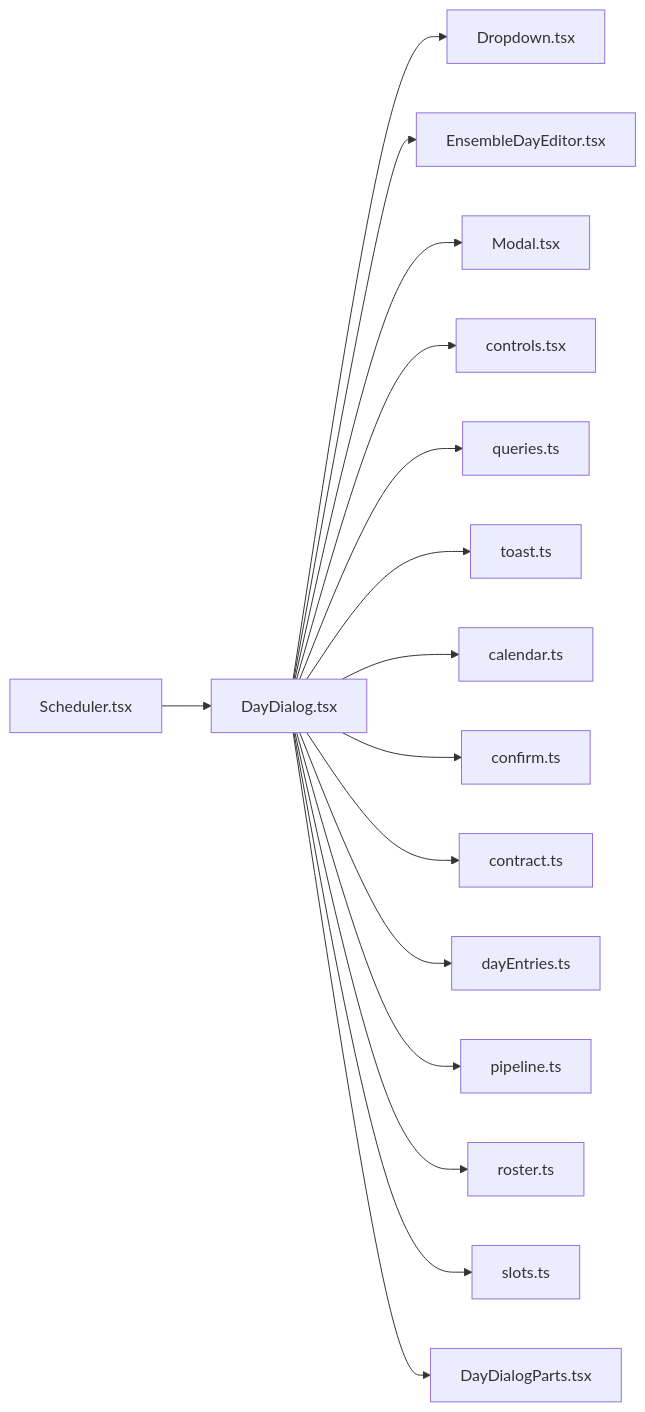
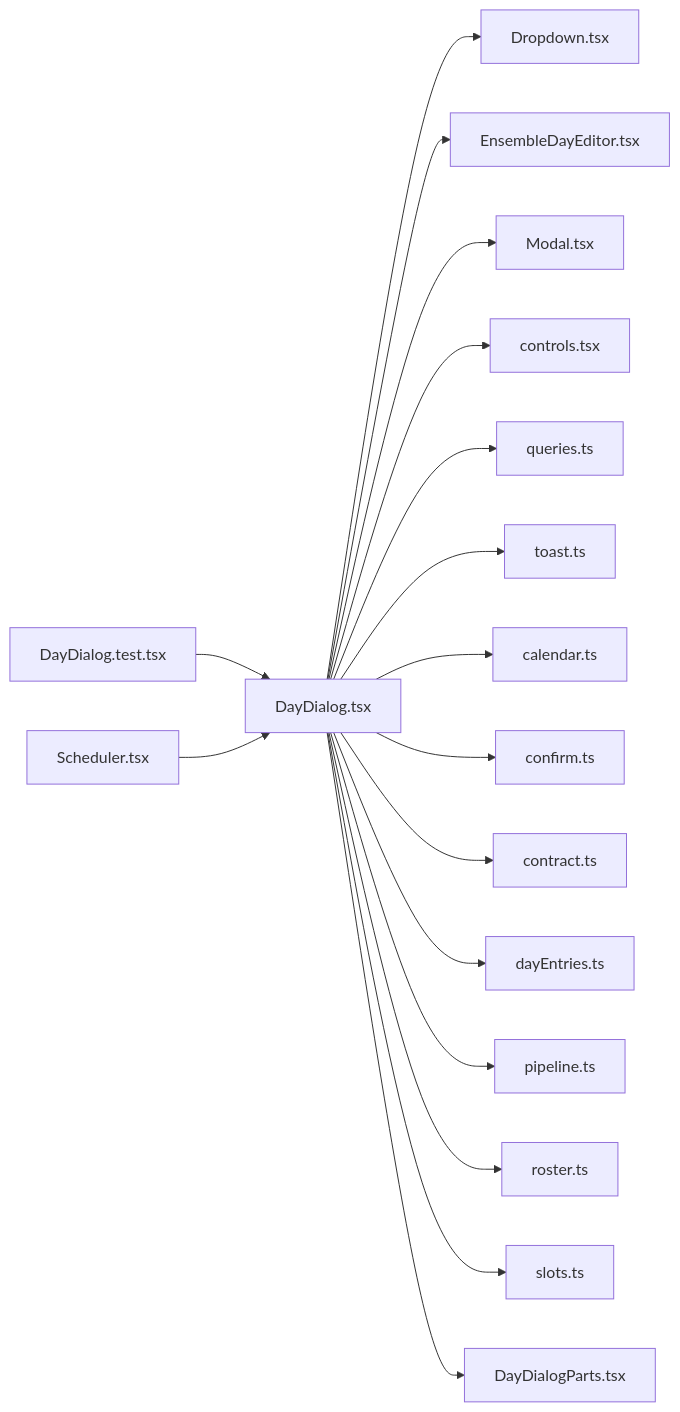
One commit to minkong-dev/Banblit changed the diagram in .cluedoc/graph/frontend/src/routes/DayDialog.md. Above: the diagram before and after it, drawn with Mermaid. The commit also changed other lines of this file and 8 other files, not shown here.

First line of the commit message:
test: cover the admin permission branch and the three day dialogs

````diff
--- a/.cluedoc/graph/frontend/src/routes/DayDialog.md
+++ b/.cluedoc/graph/frontend/src/routes/DayDialog.md
@@ -10,19 +10,20 @@
 ```mermaid
 flowchart LR
   frontend_src_routes_DayDialog["DayDialog.tsx"]
   frontend_src_routes_DayDialog --> frontend_src_components_Dropdown["Dropdown.tsx"]
   frontend_src_routes_DayDialog --> frontend_src_components_EnsembleDayEditor["EnsembleDayEditor.tsx"]
   frontend_src_routes_DayDialog --> frontend_src_components_Modal["Modal.tsx"]
   frontend_src_routes_DayDialog --> frontend_src_components_controls["controls.tsx"]
   frontend_src_routes_DayDialog --> frontend_src_components_queries["queries.ts"]
   frontend_src_routes_DayDialog --> frontend_src_components_toast["toast.ts"]
   frontend_src_routes_DayDialog --> frontend_src_lib_calendar["calendar.ts"]
   frontend_src_routes_DayDialog --> frontend_src_lib_confirm["confirm.ts"]
   frontend_src_routes_DayDialog --> frontend_src_lib_contract["contract.ts"]
   frontend_src_routes_DayDialog --> frontend_src_lib_dayEntries["dayEntries.ts"]
   frontend_src_routes_DayDialog --> frontend_src_lib_pipeline["pipeline.ts"]
   frontend_src_routes_DayDialog --> frontend_src_lib_roster["roster.ts"]
   frontend_src_routes_DayDialog --> frontend_src_lib_slots["slots.ts"]
   frontend_src_routes_DayDialog --> frontend_src_routes_DayDialogParts["DayDialogParts.tsx"]
+  frontend_src_routes_DayDialog_test["DayDialog.test.tsx"] --> frontend_src_routes_DayDialog
   frontend_src_routes_Scheduler["Scheduler.tsx"] --> frontend_src_routes_DayDialog
 ```
````
